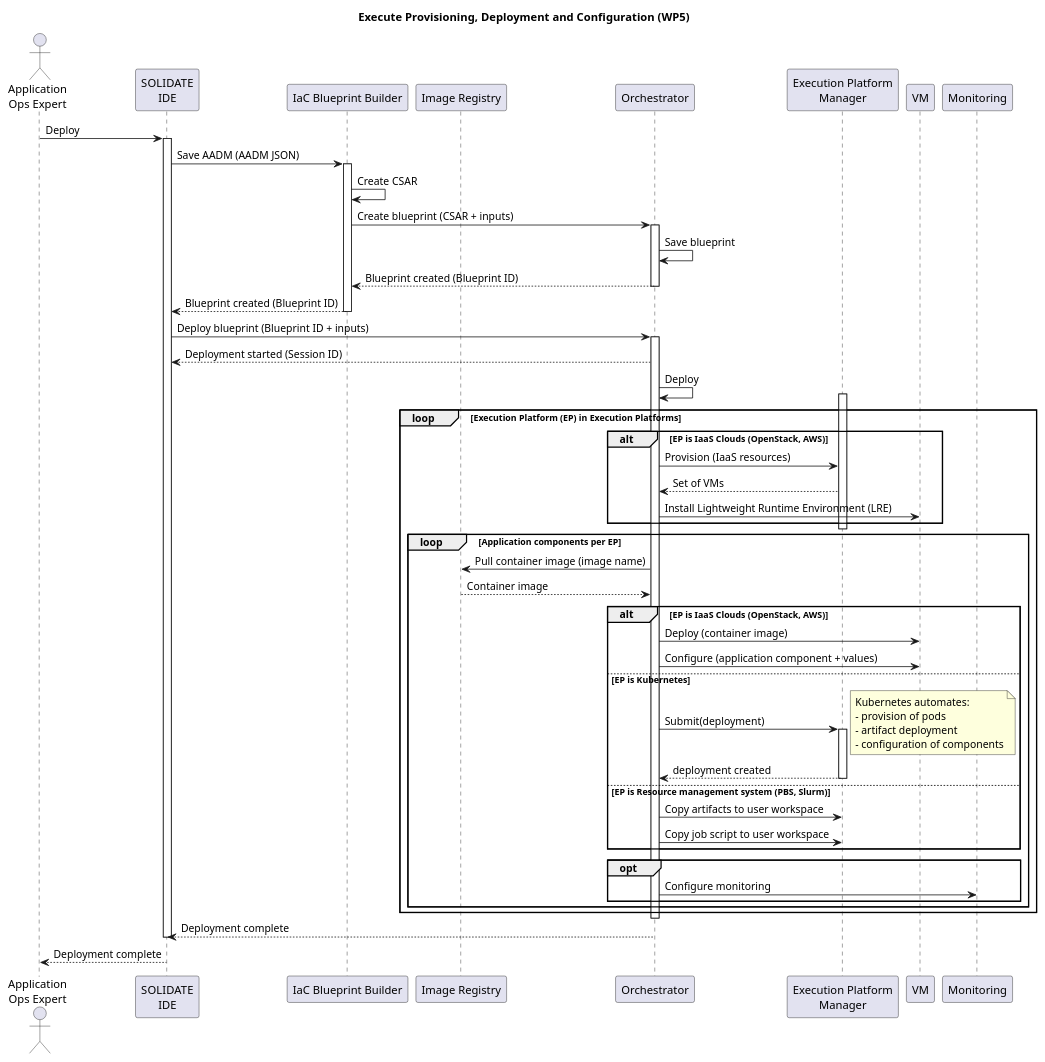
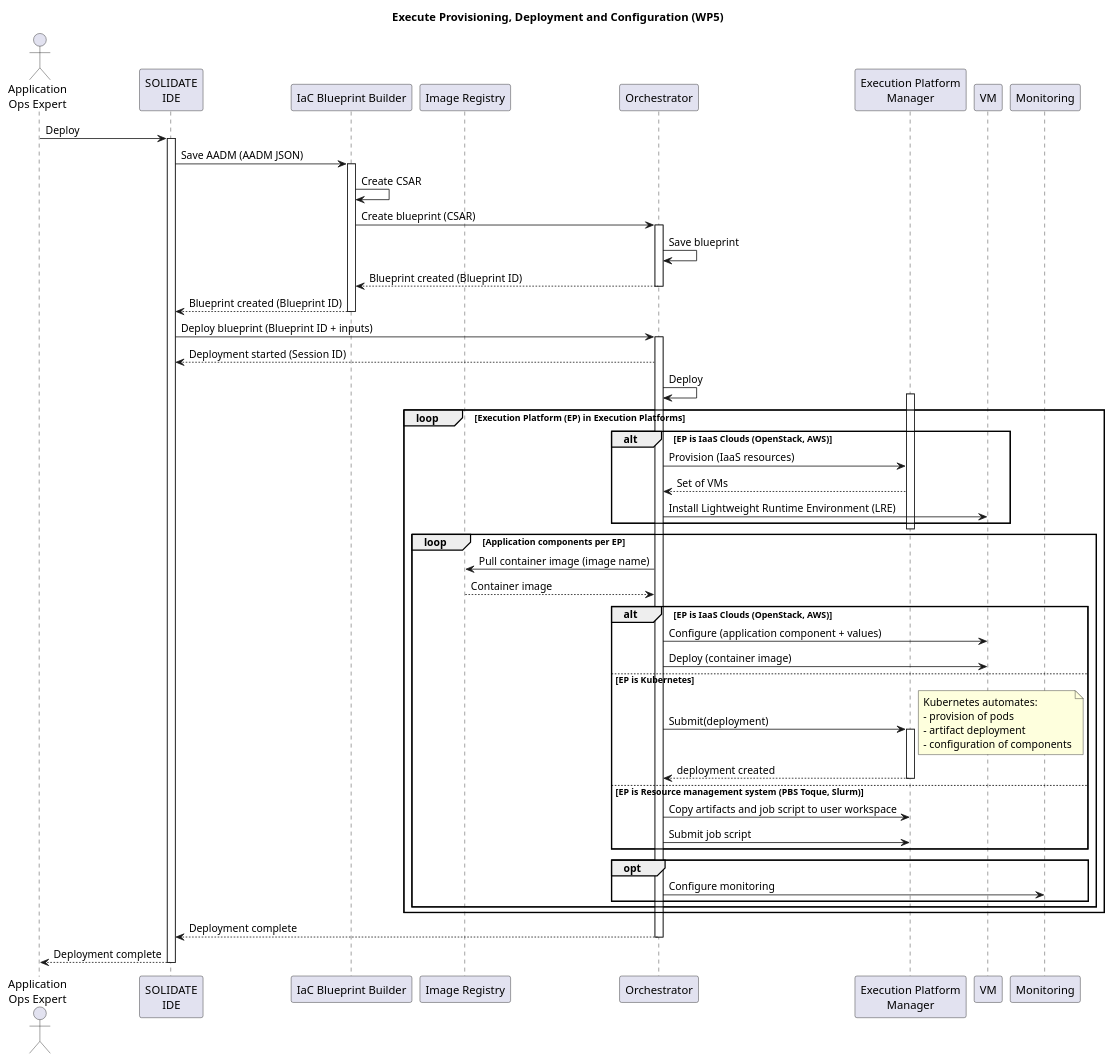
One commit to SODALITE-EU/project-wide-documentation changed the diagram in uml/sequence-diagrams/UC-06-ExecuteProvisioningDeploymentAndConfiguration-WP5.puml. Above: the diagram before and after it, drawn with PlantUML. The commit also changed 3 other files, not shown here.

Commit message:
update README && UC diagrams

```diff
--- a/uml/sequence-diagrams/UC-06-ExecuteProvisioningDeploymentAndConfiguration-WP5.puml
+++ b/uml/sequence-diagrams/UC-06-ExecuteProvisioningDeploymentAndConfiguration-WP5.puml
@@ -1,81 +1,81 @@
 @startuml
 
 title Execute Provisioning, Deployment and Configuration (WP5)
 
 actor "Application\nOps Expert" as ops
 participant "SOLIDATE\nIDE" as ide
 participant "IaC Blueprint Builder" as builder
 participant "Image Registry" as imagereg
 participant  Orchestrator as orch
 participant "Execution Platform\nManager" as res
 participant "VM" as VM
 participant "Monitoring" as mon
 
 
 ops->ide: Deploy
 activate ide
 ide->builder: Save AADM (AADM JSON)
 activate builder
 builder->builder: Create CSAR
-builder->orch: Create blueprint (CSAR + inputs)
+builder->orch: Create blueprint (CSAR)
 activate orch
 orch->orch: Save blueprint
 orch-->builder: Blueprint created (Blueprint ID)
 deactivate orch
 builder-->ide: Blueprint created (Blueprint ID)
 deactivate builder
 
 ide->orch: Deploy blueprint (Blueprint ID + inputs)
 activate orch
 orch-->ide: Deployment started (Session ID)
 orch->orch: Deploy
 
 loop Execution Platform (EP) in Execution Platforms
 
   activate res
   alt EP is IaaS Clouds (OpenStack, AWS)
     orch->res: Provision (IaaS resources)
     res-->orch: Set of VMs
     orch->VM: Install Lightweight Runtime Environment (LRE)
   end
   deactivate res
 
   loop Application components per EP
 
     orch->imagereg: Pull container image (image name)
     imagereg-->orch: Container image
 
     alt EP is IaaS Clouds (OpenStack, AWS)
+      orch->VM: Configure (application component + values)
       orch->VM: Deploy (container image)
-      orch->VM: Configure (application component + values)
     else EP is Kubernetes
       orch->res: Submit(deployment)
       activate res
         note right
           Kubernetes automates:
           - provision of pods
           - artifact deployment
           - configuration of components
         end note
         res-->orch: deployment created
       deactivate res
 
-    else EP is Resource management system (PBS, Slurm)
-      orch->res: Copy artifacts to user workspace
-      orch->res: Copy job script to user workspace
+    else EP is Resource management system (PBS Toque, Slurm)
+      orch->res: Copy artifacts and job script to user workspace
+      orch->res: Submit job script
     end
 
     opt
       orch->mon: Configure monitoring
     end
 
   end
 end
-deactivate orch
 
 orch-->ide: Deployment complete
+deactivate orch
+ide-->ops: Deployment complete
 deactivate ide
 
-ide-->ops: Deployment complete
 
 @enduml
```
